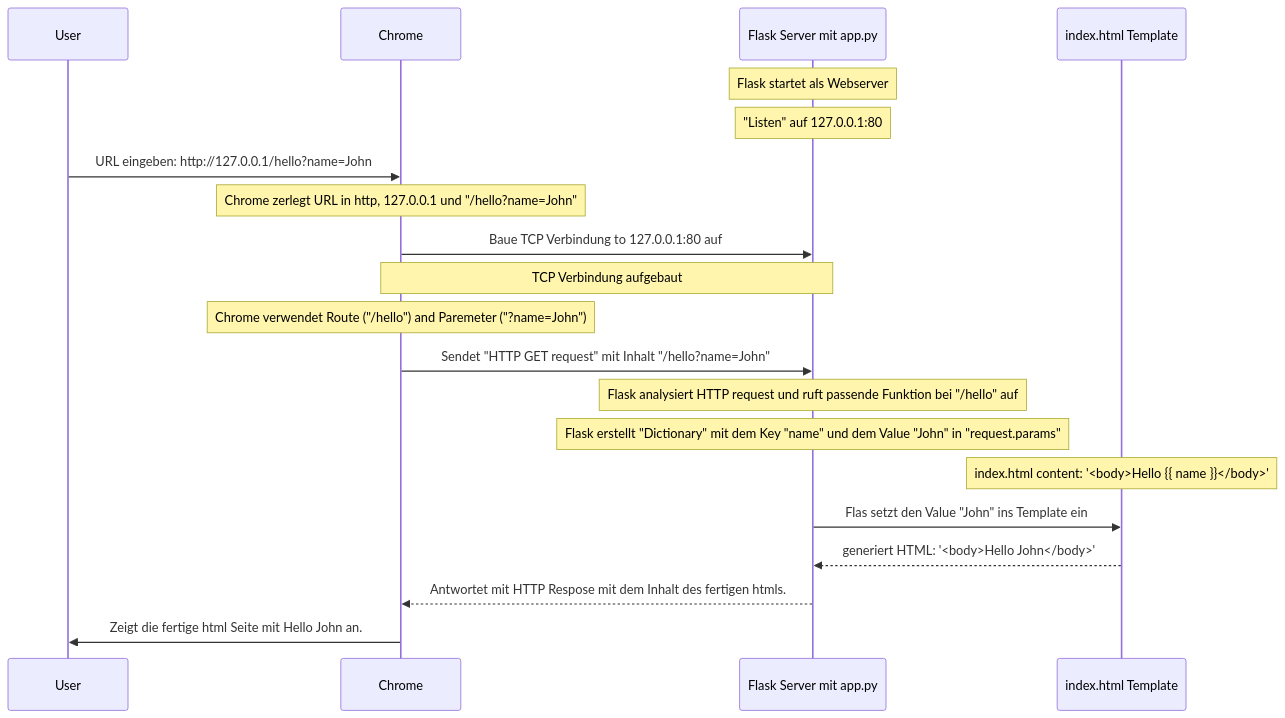
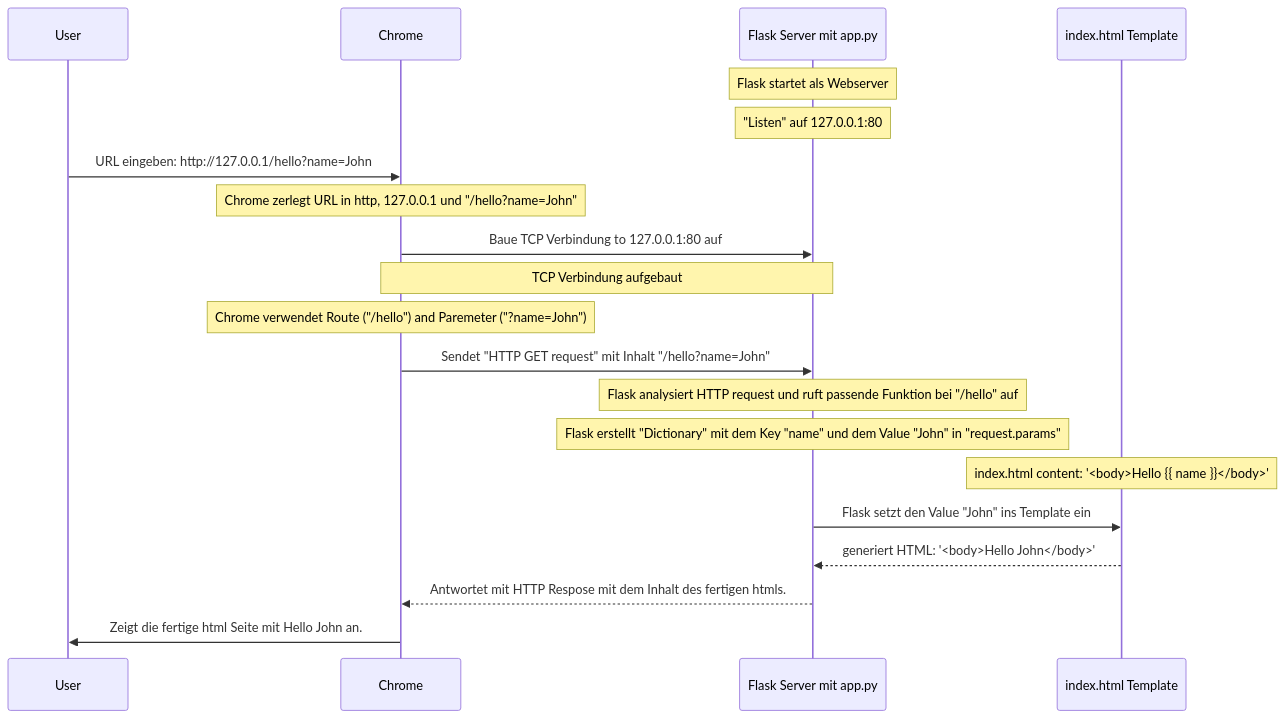
One commit to Bongolulu/week8 changed the diagram in zeichnungen/flaskbasic.md. Above: the diagram before and after it, drawn with Mermaid.

````diff
--- a/zeichnungen/flaskbasic.md
+++ b/zeichnungen/flaskbasic.md
@@ -1,24 +1,24 @@
 ```mermaid
 sequenceDiagram
     participant U as User
     participant C as Chrome
     participant F as Flask Server mit app.py
     participant T as index.html Template
     
 
     Note over F: Flask startet als Webserver
     Note over F: "Listen" auf 127.0.0.1:80
     U->>C: URL eingeben: http://127.0.0.1/hello?name=John
     Note over C: Chrome zerlegt URL in http, 127.0.0.1 und "/hello?name=John"
     C->>F: Baue TCP Verbindung to 127.0.0.1:80 auf
     Note over C, F: TCP Verbindung aufgebaut
     Note over C: Chrome verwendet Route ("/hello") and Paremeter ("?name=John")
     C->>F: Sendet "HTTP GET request" mit Inhalt "/hello?name=John"
     Note over F: Flask analysiert HTTP request und ruft passende Funktion bei "/hello" auf
     Note over F: Flask erstellt "Dictionary" mit dem Key "name" und dem Value "John" in "request.params"
     Note over T: index.html content: '<body>Hello {{ name }}</body>'
-    F->>T: Flas setzt den Value "John" ins Template ein
+    F->>T: Flask setzt den Value "John" ins Template ein
     T-->>F: generiert HTML: '<body>Hello John</body>'
     F-->>C: Antwortet mit HTTP Respose mit dem Inhalt des fertigen htmls.
     C->>U: Zeigt die fertige html Seite mit Hello John an.
 ```
````
